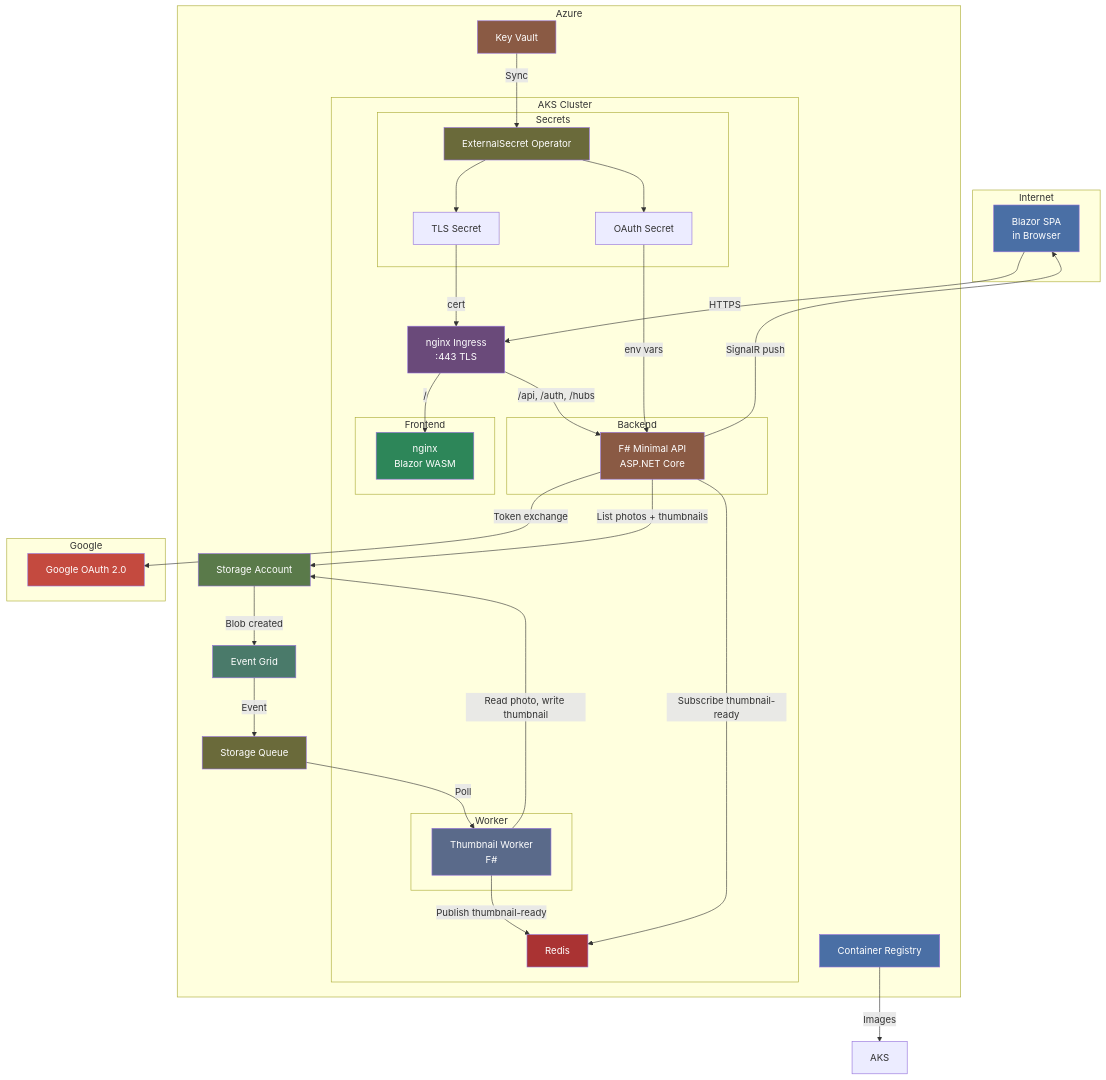
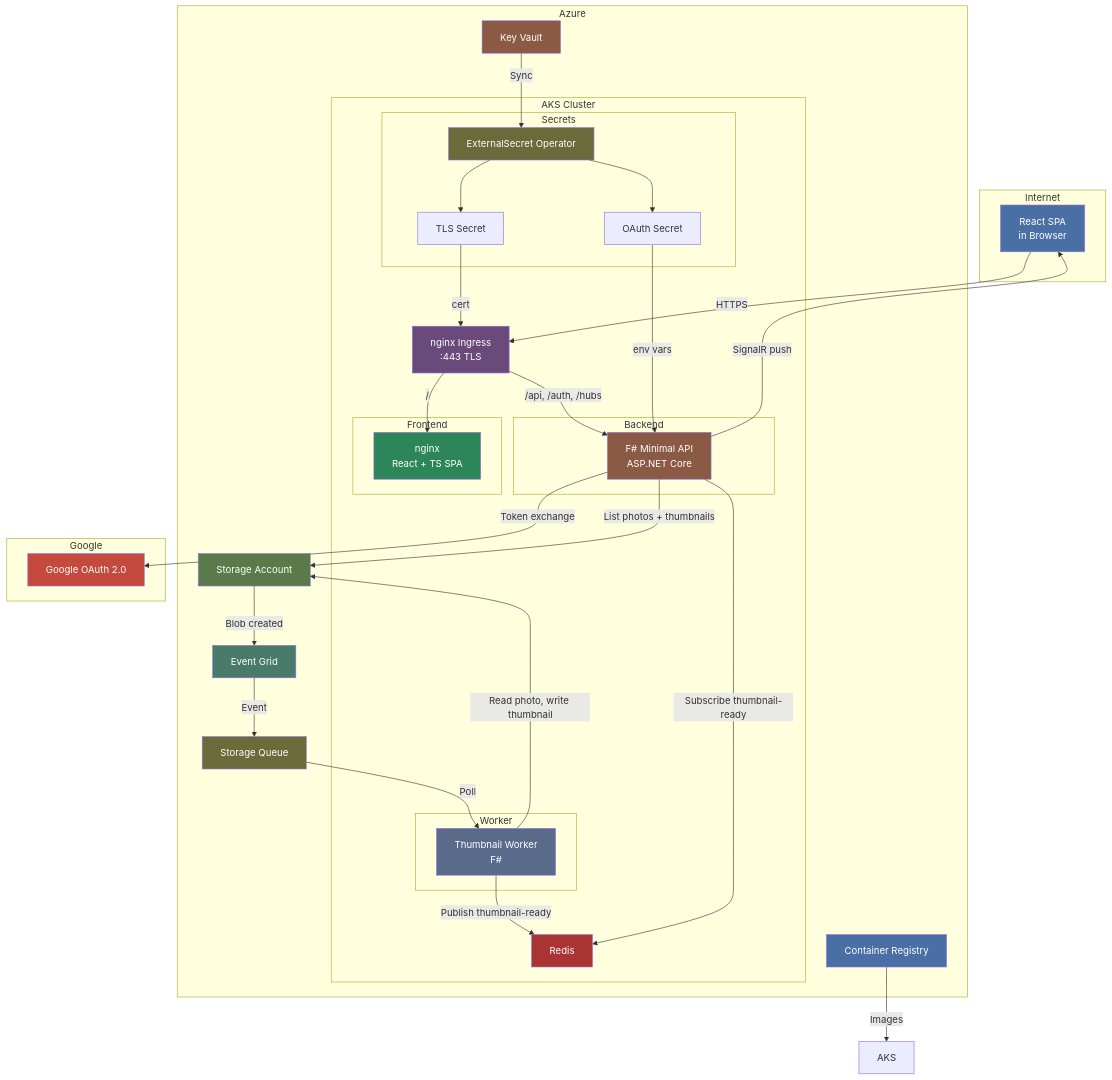
One commit to jagasafari/longevity changed the first of 3 diagrams in docs/01-overview.md. Above: the diagram before and after it, drawn with Mermaid. The commit also changed other lines of this file and 10 other files, not shown here.

First line of the commit message:
docs: update frontend references from Blazor WASM to React + TypeScript

````diff
--- a/docs/01-overview.md
+++ b/docs/01-overview.md
@@ -16,75 +16,75 @@
 ```mermaid
 graph TB
     subgraph Internet
-        User[Blazor SPA<br/>in Browser]
+        User[React SPA<br/>in Browser]
     end
 
     subgraph Azure
         subgraph AKS Cluster
             ING[nginx Ingress<br/>:443 TLS]
 
             subgraph Frontend
-                FE[nginx<br/>Blazor WASM]
+                FE[nginx<br/>React + TS SPA]
             end
 
             subgraph Backend
                 BE[F# Minimal API<br/>ASP.NET Core]
             end
 
             subgraph Worker
                 TW[Thumbnail Worker<br/>F#]
             end
 
             REDIS[Redis]
 
             subgraph Secrets
                 ESO[ExternalSecret Operator]
                 TLS[TLS Secret]
                 OAuth[OAuth Secret]
             end
         end
 
         ACR[Container Registry]
         KV[Key Vault]
         SA[Storage Account]
         EG[Event Grid]
         Q[Storage Queue]
     end
 
     subgraph Google
         GOAuth[Google OAuth 2.0]
     end
 
     User -->|HTTPS| ING
     ING -->|/| FE
     ING -->|/api, /auth, /hubs| BE
     BE -->|Token exchange| GOAuth
     BE -->|List photos + thumbnails| SA
     BE -->|Subscribe thumbnail-ready| REDIS
     BE -->|SignalR push| User
     SA -->|Blob created| EG
     EG -->|Event| Q
     Q -->|Poll| TW
     TW -->|Read photo, write thumbnail| SA
     TW -->|Publish thumbnail-ready| REDIS
     KV -->|Sync| ESO
     ESO --> TLS
     ESO --> OAuth
     OAuth -->|env vars| BE
     TLS -->|cert| ING
     ACR -->|Images| AKS
 
     style User fill:#4a6fa5,color:#fff
     style ING fill:#6a4a7a,color:#fff
     style FE fill:#2d8659,color:#fff
     style BE fill:#8a5a44,color:#fff
     style TW fill:#5a6a8a,color:#fff
     style REDIS fill:#a33,color:#fff
     style ACR fill:#4a6fa5,color:#fff
     style KV fill:#8a5a44,color:#fff
     style SA fill:#5a7a4a,color:#fff
     style EG fill:#4a7a6a,color:#fff
     style Q fill:#6a6a3a,color:#fff
     style GOAuth fill:#c44a3f,color:#fff
     style ESO fill:#6a6a3a,color:#fff
 ```
````
